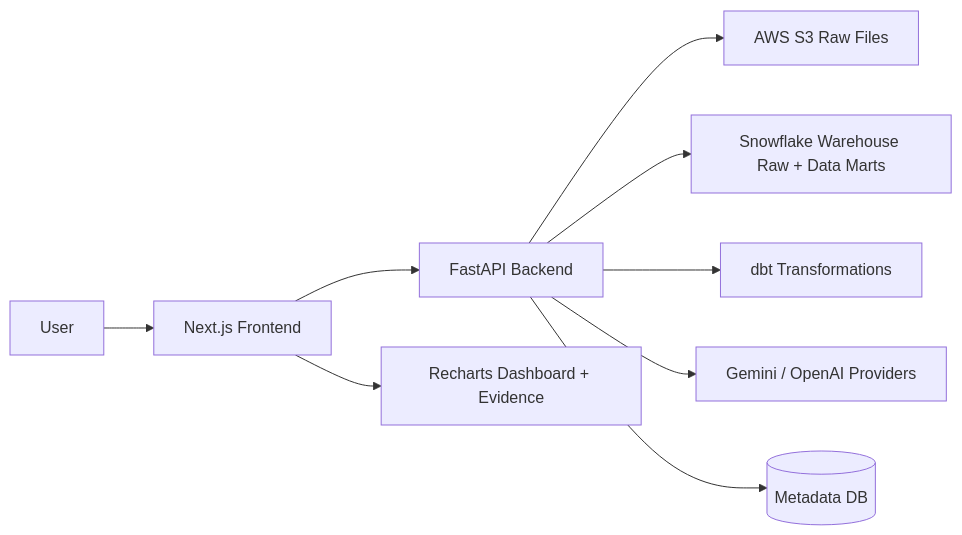
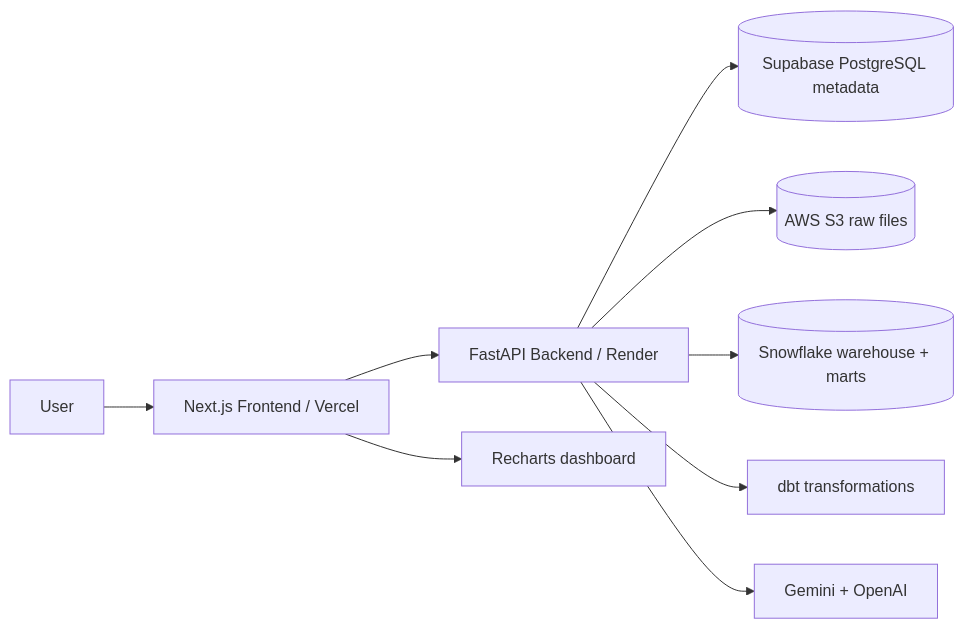
Before and after one commit to Sorbemelon/MeshFlow: the diagram in README.md, drawn with Mermaid. The commit also changed other lines of this file, not shown here.

````diff
--- a/README.md
+++ b/README.md
@@ -91,11 +90,11 @@
 ```mermaid
 flowchart LR
-  User[User] --> FE[Next.js Frontend]
-  FE --> API[FastAPI Backend]
-  API --> S3[AWS S3 Raw Files]
-  API --> SF[Snowflake Warehouse Raw + Data Marts]
-  API --> DBT[dbt Transformations]
-  API --> AI[Gemini / OpenAI Providers]
-  API --> META[(Metadata DB)]
-  FE --> DASH[Recharts Dashboard + Evidence]
+  User[User] --> FE[Next.js Frontend / Vercel]
+  FE --> API[FastAPI Backend / Render]
+  API --> PG[(Supabase PostgreSQL metadata)]
+  API --> S3[(AWS S3 raw files)]
+  API --> SF[(Snowflake warehouse + marts)]
+  API --> DBT[dbt transformations]
+  API --> AI[Gemini + OpenAI]
+  FE --> Charts[Recharts dashboard]
 ```
````
